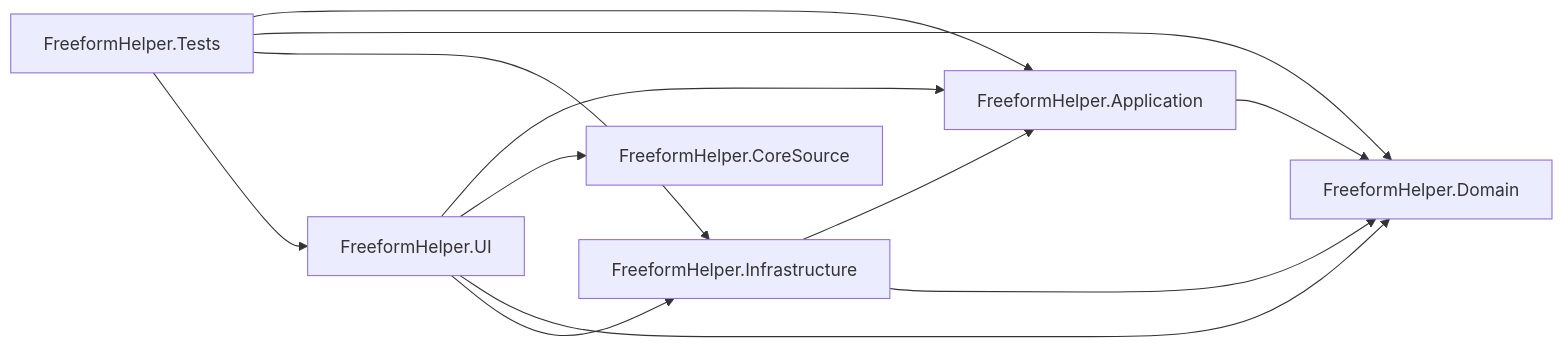
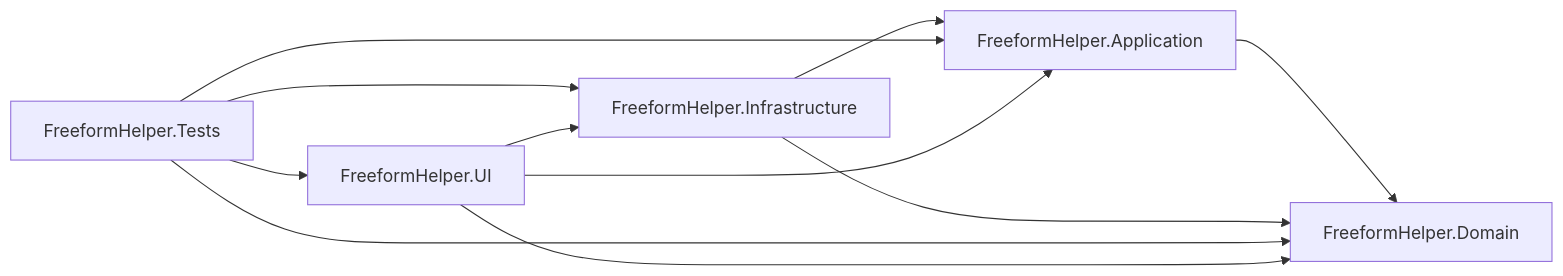
One commit to Dennis40816/nvt-freeform-helper changed the diagram in docs/generated/project-dependency-graph.md. Above: the diagram before and after it, drawn with Mermaid. The commit also changed other lines of this file and 24 other files, not shown here.

First line of the commit message:
build(core): pin NVT Core 0.9.1 and remove the temporary CoreSource copy

````diff
--- a/docs/generated/project-dependency-graph.md
+++ b/docs/generated/project-dependency-graph.md
@@ -6,20 +6,18 @@
 ```mermaid
 graph LR
   P1["FreeformHelper.Application"]
-  P2["FreeformHelper.CoreSource"]
-  P3["FreeformHelper.Domain"]
-  P4["FreeformHelper.Infrastructure"]
-  P6["FreeformHelper.Tests"]
-  P5["FreeformHelper.UI"]
-  P1 --> P3
-  P4 --> P1
-  P4 --> P3
-  P6 --> P1
-  P6 --> P3
-  P6 --> P4
-  P6 --> P5
+  P2["FreeformHelper.Domain"]
+  P3["FreeformHelper.Infrastructure"]
+  P5["FreeformHelper.Tests"]
+  P4["FreeformHelper.UI"]
+  P1 --> P2
+  P3 --> P1
+  P3 --> P2
   P5 --> P1
   P5 --> P2
   P5 --> P3
   P5 --> P4
+  P4 --> P1
+  P4 --> P2
+  P4 --> P3
 ```
````
